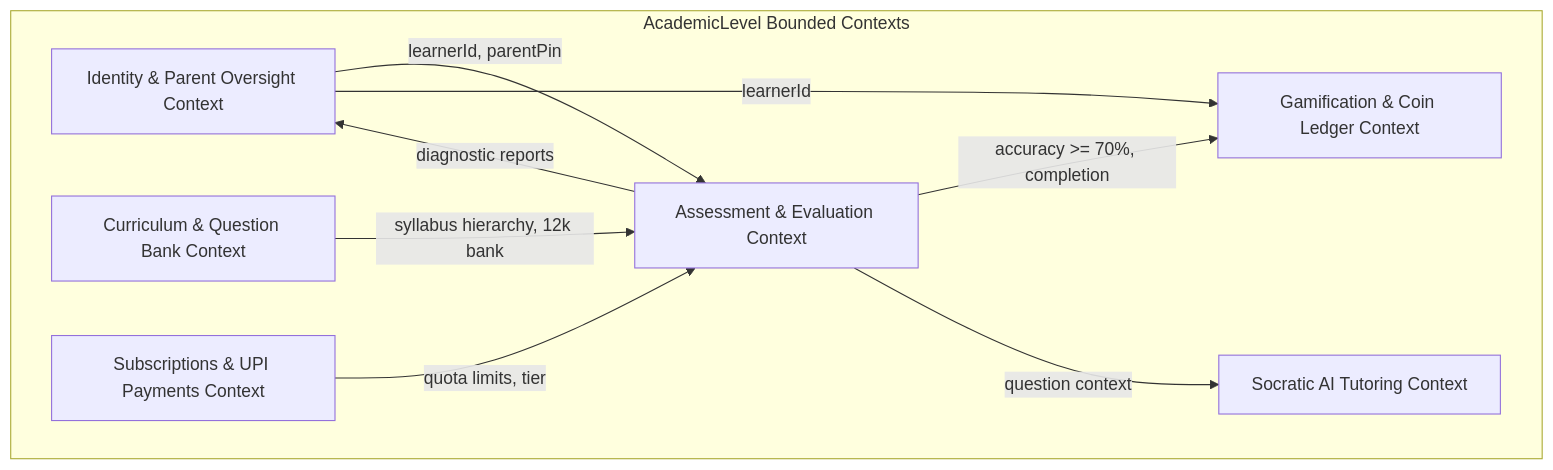
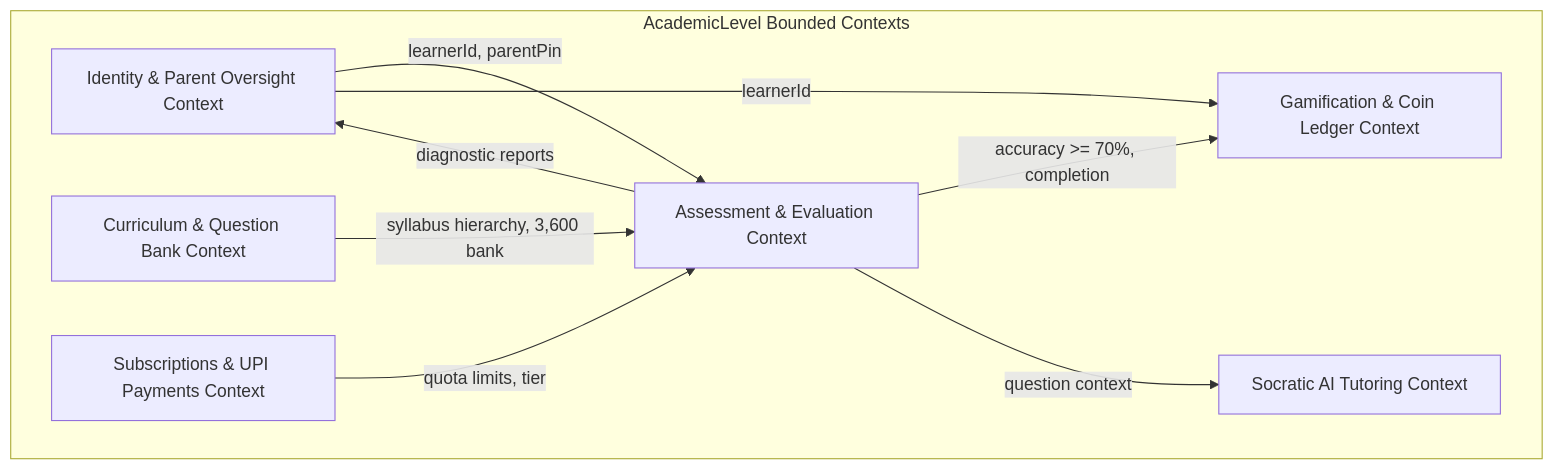
Before and after one commit to nn1234s/academiclevel-platform: the third of 3 diagrams in docs/03-architecture/system-and-software-architecture.md, drawn with Mermaid. The commit also changed other lines of this file and 31 other files, not shown here.

````diff
--- a/docs/03-architecture/system-and-software-architecture.md
+++ b/docs/03-architecture/system-and-software-architecture.md
@@ -93,19 +93,19 @@
 ```mermaid
 graph TD
     subgraph Contexts["AcademicLevel Bounded Contexts"]
         Auth["Identity & Parent Oversight Context"]
         Curriculum["Curriculum & Question Bank Context"]
         Assessment["Assessment & Evaluation Context"]
         Gamification["Gamification & Coin Ledger Context"]
         Subscription["Subscriptions & UPI Payments Context"]
         AiTutor["Socratic AI Tutoring Context"]
     end
     
     Auth -->|learnerId, parentPin| Assessment
     Auth -->|learnerId| Gamification
-    Curriculum -->|syllabus hierarchy, 12k bank| Assessment
+    Curriculum -->|syllabus hierarchy, 3,600 bank| Assessment
     Assessment -->|accuracy >= 70%, completion| Gamification
     Assessment -->|diagnostic reports| Auth
     Subscription -->|quota limits, tier| Assessment
     Assessment -->|question context| AiTutor
 ```
````
